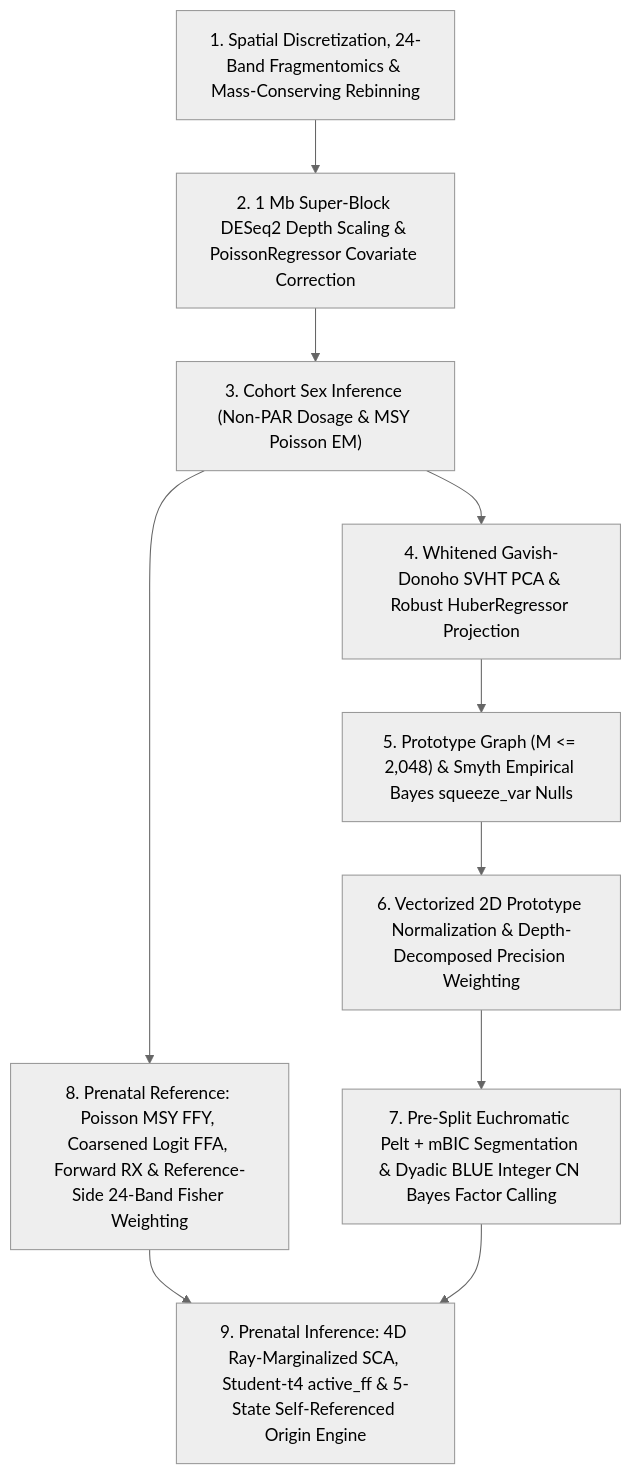
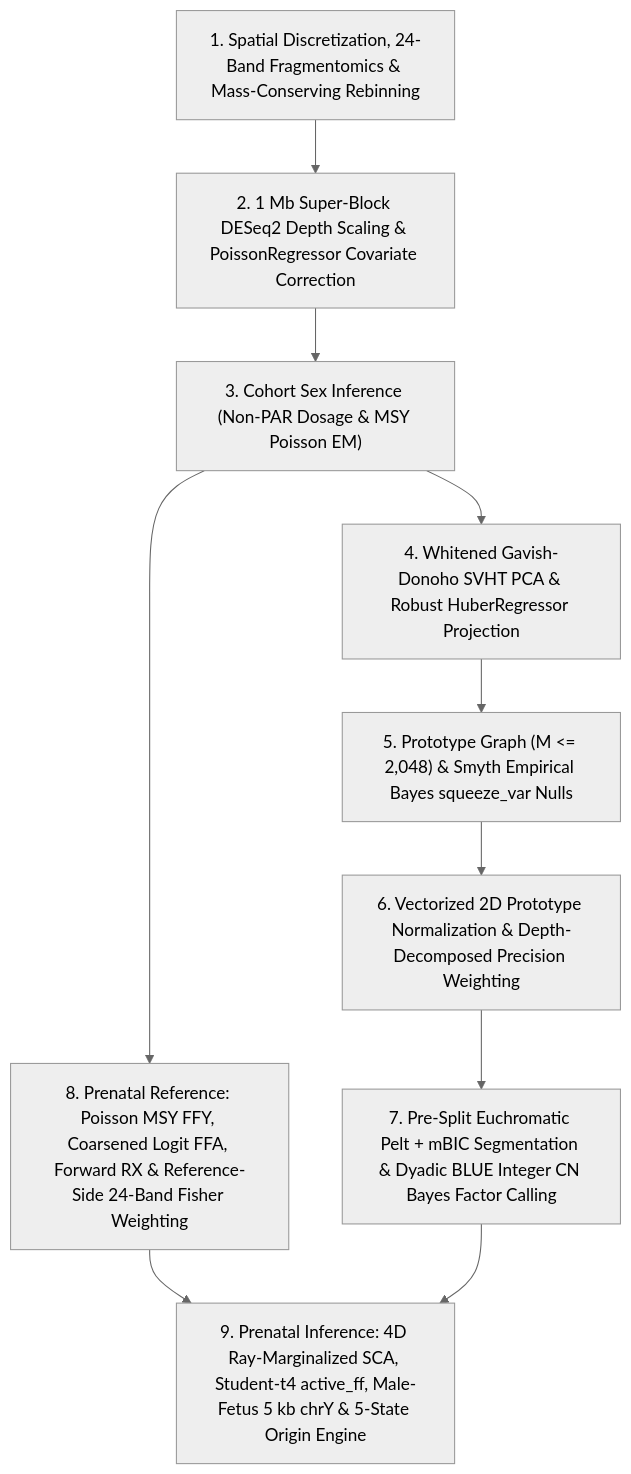
The diagram in docs/methodology.md (matthdsm/ccnv), drawn with Mermaid (neutral theme) before and after one commit. The commit also changed other lines of this file and 22 other files, not shown here.

Commit message:
(fix): Add support for chrY bins in prenatal mode

````diff
--- a/docs/methodology.md
+++ b/docs/methodology.md
@@ -14,12 +14,12 @@
 ```mermaid
 flowchart TD
     S1["1. Spatial Discretization, 24-Band Fragmentomics & Mass-Conserving Rebinning"] --> S2["2. 1 Mb Super-Block DESeq2 Depth Scaling & PoissonRegressor Covariate Correction"]
     S2 --> S3["3. Cohort Sex Inference (Non-PAR Dosage & MSY Poisson EM)"]
     S3 --> S4["4. Whitened Gavish-Donoho SVHT PCA & Robust HuberRegressor Projection"]
     S4 --> S5["5. Prototype Graph (M <= 2,048) & Smyth Empirical Bayes squeeze_var Nulls"]
     S5 --> S6["6. Vectorized 2D Prototype Normalization & Depth-Decomposed Precision Weighting"]
     S6 --> S7["7. Pre-Split Euchromatic Pelt + mBIC Segmentation & Dyadic BLUE Integer CN Bayes Factor Calling"]
     S3 --> S8["8. Prenatal Reference: Poisson MSY FFY, Coarsened Logit FFA, Forward RX & Reference-Side 24-Band Fisher Weighting"]
-    S8 --> S9["9. Prenatal Inference: 4D Ray-Marginalized SCA, Student-t4 active_ff & 5-State Self-Referenced Origin Engine"]
+    S8 --> S9["9. Prenatal Inference: 4D Ray-Marginalized SCA, Student-t4 active_ff, Male-Fetus 5 kb chrY & 5-State Origin Engine"]
     S7 --> S9
 ```
````
